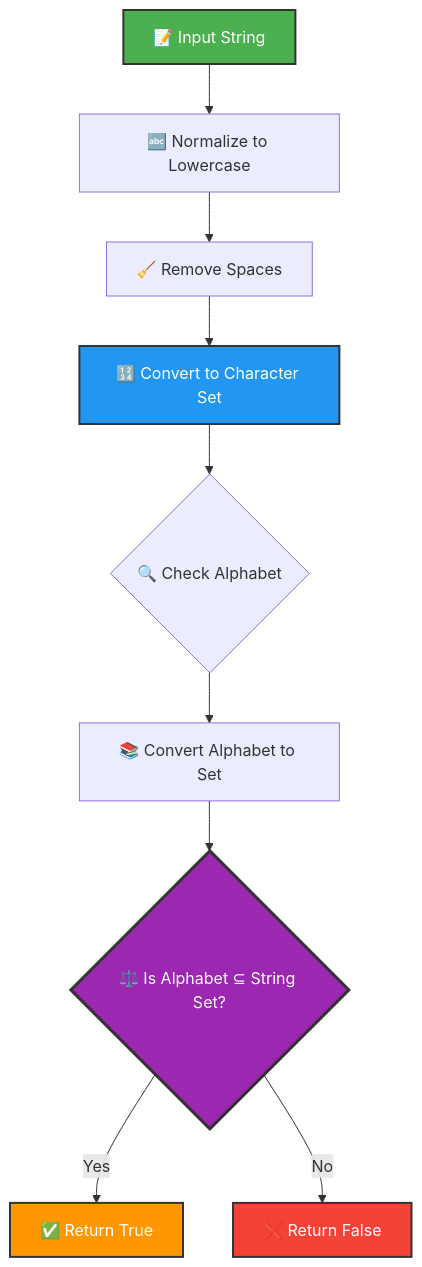
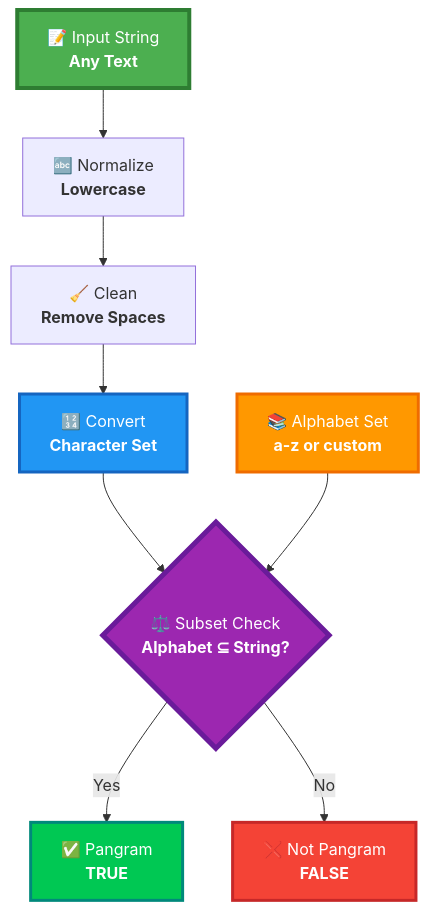
The first of 2 diagrams in project-3/README.md (LuthandoCandlovu/sarao-technical-challenge), drawn with Mermaid before and after one commit. The commit also changed other lines of this file, not shown here.

````diff
--- a/project-3/README.md
+++ b/project-3/README.md
@@ -39,17 +113,26 @@
 ```mermaid
 graph TB
-    A[📝 Input String] --> B[🔤 Normalize to Lowercase]
-    B --> C[🧹 Remove Spaces]
-    C --> D[🔢 Convert to Character Set]
-    D --> E{🔍 Check Alphabet}
-    E --> F[📚 Convert Alphabet to Set]
-    F --> G{⚖️ Is Alphabet ⊆ String Set?}
-    G -->|Yes| H[✅ Return True]
-    G -->|No| I[❌ Return False]
-
-    style A fill:#4CAF50,stroke:#333,stroke-width:2px,color:#fff
-    style D fill:#2196F3,stroke:#333,stroke-width:2px,color:#fff
-    style G fill:#9C27B0,stroke:#333,stroke-width:3px,color:#fff
-    style H fill:#FF9800,stroke:#333,stroke-width:2px,color:#fff
-    style I fill:#F44336,stroke:#333,stroke-width:2px,color:#fff
+    A["📝 Input String<br/><b>Any Text</b>"]
+    B["🔤 Normalize<br/><b>Lowercase</b>"]
+    C["🧹 Clean<br/><b>Remove Spaces</b>"]
+    D["🔢 Convert<br/><b>Character Set</b>"]
+    E["📚 Alphabet Set<br/><b>a-z or custom</b>"]
+    F{"⚖️ Subset Check<br/><b>Alphabet ⊆ String?</b>"}
+    G["✅ Pangram<br/><b>TRUE</b>"]
+    H["❌ Not Pangram<br/><b>FALSE</b>"]
+    
+    A --> B
+    B --> C
+    C --> D
+    D --> F
+    E --> F
+    F -->|Yes| G
+    F -->|No| H
+    
+    style A fill:#4CAF50,stroke:#2E7D32,stroke-width:4px,color:#fff
+    style D fill:#2196F3,stroke:#1565C0,stroke-width:3px,color:#fff
+    style E fill:#FF9800,stroke:#EF6C00,stroke-width:3px,color:#fff
+    style F fill:#9C27B0,stroke:#6A1B9A,stroke-width:5px,color:#fff
+    style G fill:#00C853,stroke:#00897B,stroke-width:3px,color:#fff
+    style H fill:#F44336,stroke:#C62828,stroke-width:3px,color:#fff
 ```
````
